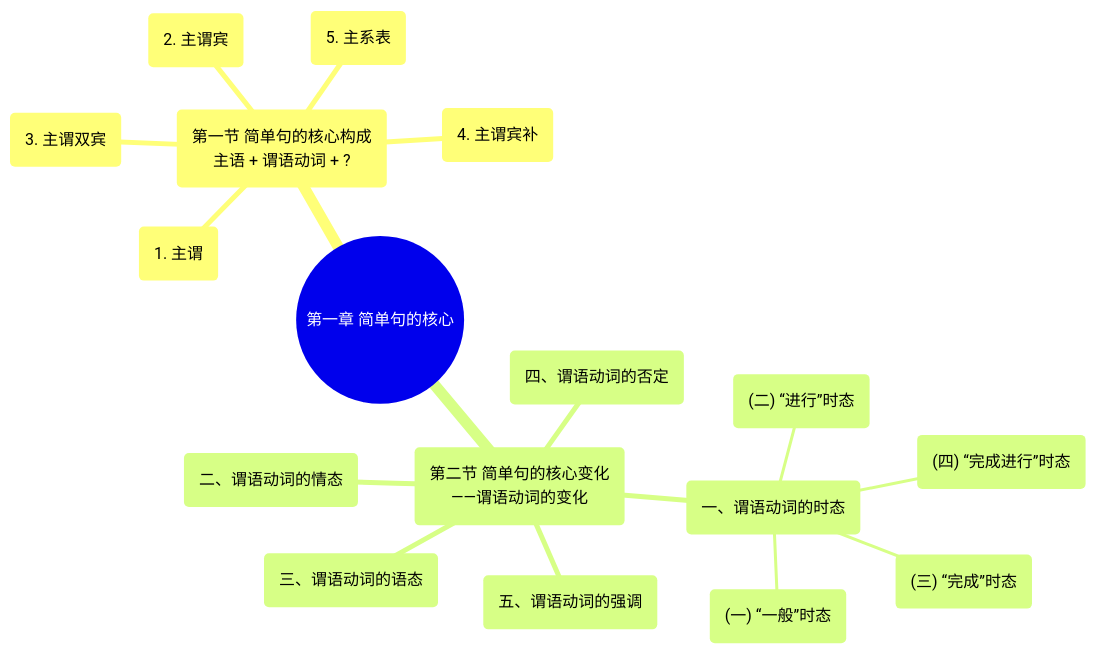
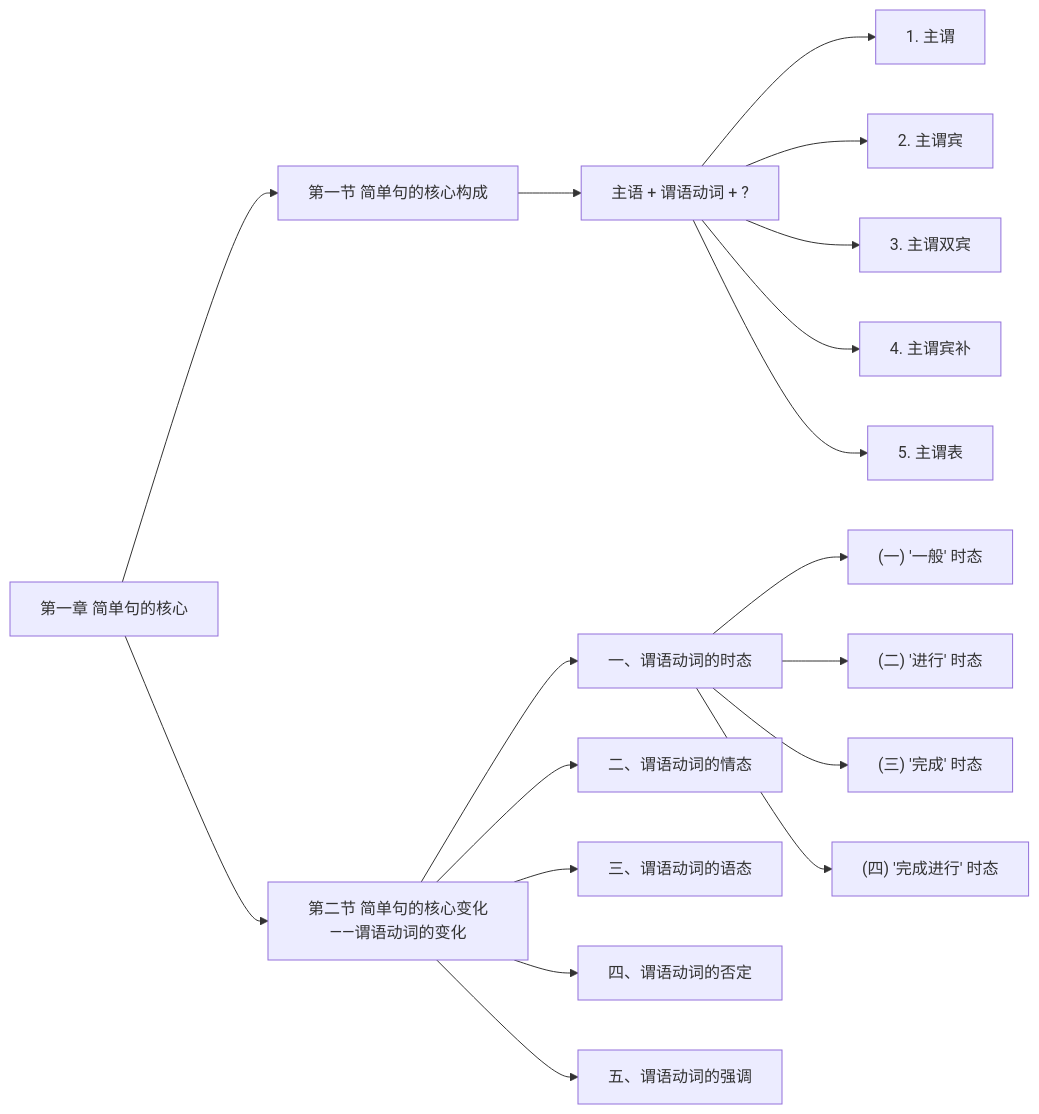
Before and after one commit to Aiubg/aiubg.github.io: the diagram in docs/考研英语/如何表达一件事——简单句/简单句的核心/简单句的核心.md, drawn with Mermaid. The commit also changed 2 other files, not shown here.

Commit message:
丿、

````diff
--- a/docs/考研英语/如何表达一件事——简单句/简单句的核心/简单句的核心.md
+++ b/docs/考研英语/如何表达一件事——简单句/简单句的核心/简单句的核心.md
@@ -3,20 +3,23 @@
 ```mermaid
-mindmap
-  root((第一章 简单句的核心))
-    ("第一节 简单句的核心构成<br/>主语 + 谓语动词 + ?")
-      ("1. 主谓")
-      ("2. 主谓宾")
-      ("3. 主谓双宾")
-      ("4. 主谓宾补")
-      ("5. 主系表")
-    ("第二节 简单句的核心变化<br/>——谓语动词的变化")
-      ("一、谓语动词的时态")
-        ("(一) “一般”时态")
-        ("(二) “进行”时态")
-        ("(三) “完成”时态")
-        ("(四) “完成进行”时态")
-      ("二、谓语动词的情态")
-      ("三、谓语动词的语态")
-      ("四、谓语动词的否定")
-      ("五、谓语动词的强调")
+graph LR
+    A["第一章 简单句的核心"] --> B["第一节 简单句的核心构成"]
+    A --> C["第二节 简单句的核心变化——谓语动词的变化"]
+
+    B --> D["主语 + 谓语动词 + ?"]
+    D --> E["1. 主谓"]
+    D --> F["2. 主谓宾"]
+    D --> G["3. 主谓双宾"]
+    D --> H["4. 主谓宾补"]
+    D --> I["5. 主谓表"]
+
+    C --> J["一、谓语动词的时态"]
+    J --> K["(一) '一般' 时态"]
+    J --> L["(二) '进行' 时态"]
+    J --> M["(三) '完成' 时态"]
+    J --> N["(四) '完成进行' 时态"]
+
+    C --> O["二、谓语动词的情态"]
+    C --> P["三、谓语动词的语态"]
+    C --> Q["四、谓语动词的否定"]
+    C --> R["五、谓语动词的强调"]
 ```
````
